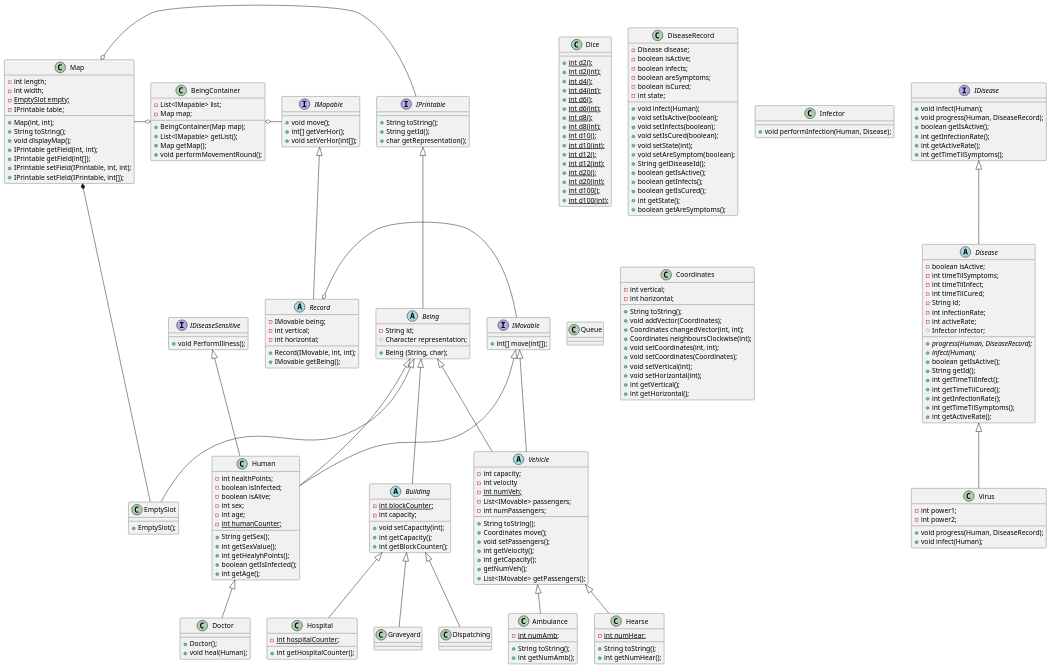
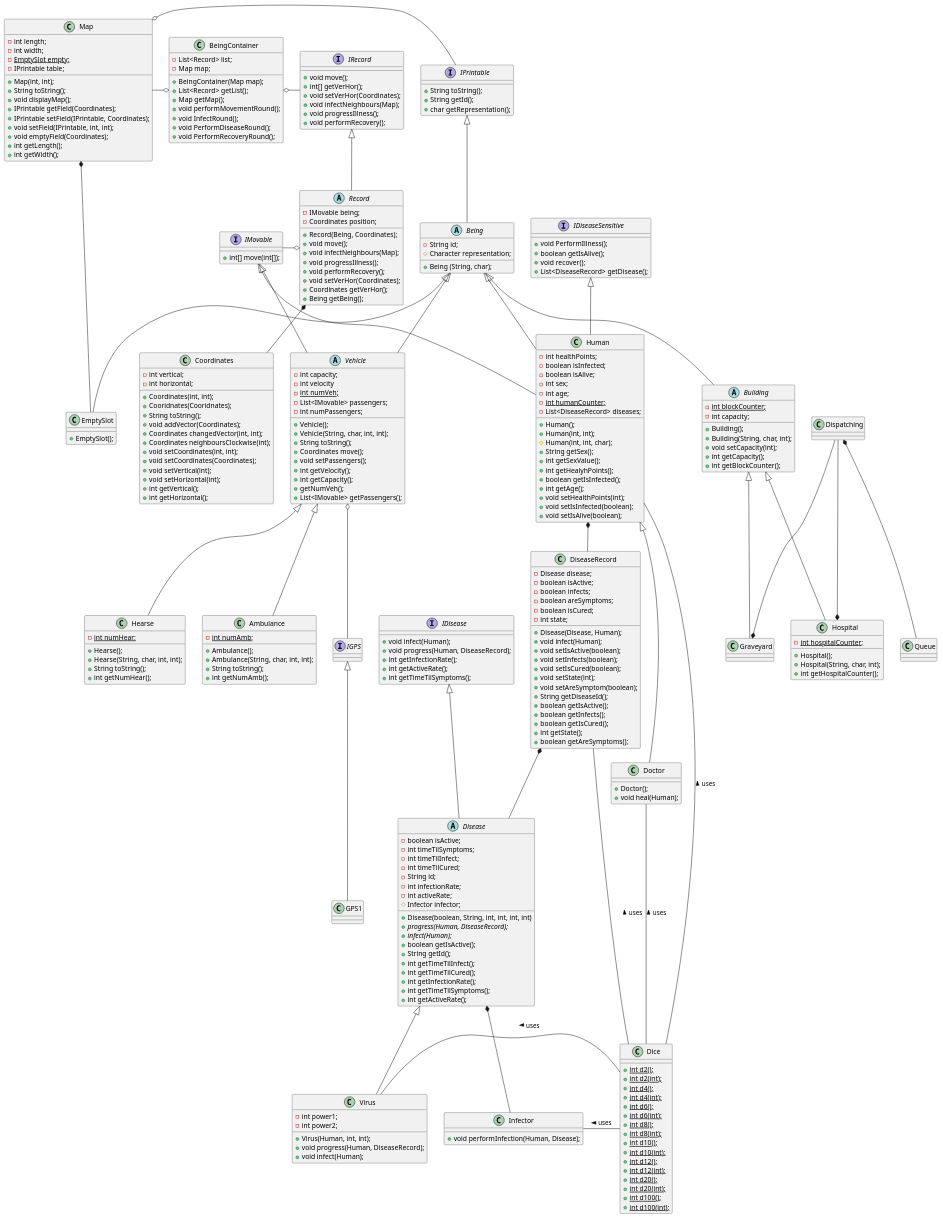
One commit to karolWazny/plague-repo changed the diagram in dokumentacja/class_diagram/class_diagram.plantuml. Above: the diagram before and after it, drawn with PlantUML. The commit also changed 2 other files, not shown here.

Commit message:
Nowy diagram klas

```diff
--- a/dokumentacja/class_diagram/class_diagram.plantuml
+++ b/dokumentacja/class_diagram/class_diagram.plantuml
@@ -1,4 +1,4 @@
-@startuml
+@startuml class_diagram
 
 class Map
 {
@@ -9,10 +9,12 @@
 + Map(int, int);
 + String toString();
 + void displayMap();
-+ IPrintable getField(int, int);
-+ IPrintable getField(int[]);
-+ IPrintable setField(IPrintable, int, int);
-+ IPrintable setField(IPrintable, int[]);
++ IPrintable getField(Coordinates);
++ IPrintable setField(IPrintable, Coordinates);
++ void setField(IPrintable, int, int);
++ void emptyField(Coordinates);
++ int getLength();
++ int getWidth();
 }
 
 interface IPrintable
@@ -32,27 +34,38 @@
 abstract class Record
 {
 - IMovable being;
-- int vertical;
-- int horizontal;
-+ Record(IMovable, int, int);
-+ IMovable getBeing();
+- Coordinates position;
++ Record(Being, Coordinates);
++ void move();
++ void infectNeighbours(Map);
++ void progressIllness();
++ void performRecovery();
++ void setVerHor(Coordinates);
++ Coordinates getVerHor();
++ Being getBeing();
 }
 
-interface IMapable
+interface IRecord
 {
 + void move();
 + int[] getVerHor();
-+ void setVerHor(int[]);
++ void setVerHor(Coordinates);
++ void infectNeighbours(Map);
++ void progressIllness();
++ void performRecovery();
 }
 
 class BeingContainer
 {
-- List<IMapable> list;
+- List<Record> list;
 - Map map;
 + BeingContainer(Map map);
-+ List<IMapable> getList();
++ List<Record> getList();
 + Map getMap();
 + void performMovementRound();
++ void InfectRound();
++ void PerformDiseaseRound();
++ void PerformRecoveryRound();
 }
 
 class EmptySlot
@@ -63,6 +76,9 @@
 interface IDiseaseSensitive
 {
 + void PerformIllness();
++ boolean getIsAlive();
++ void recover();
++ List<DiseaseRecord> getDisease();
 }
 
 interface IMovable
@@ -78,11 +94,18 @@
 - int sex;
 -  int age;
 - {static} int humanCounter;
+- List<DiseaseRecord> diseases;
++ Human();
++ Human(int, int);
+# Human(int, int, char);
 + String getSex();
 + int getSexValue();
 + int getHealyhPoints();
 + boolean getIsInfected();
 + int getAge();
++ void setHealthPoints(int);
++ void setIsInfected(boolean);
++ void setIsAlive(boolean);
 }
 
 class Dice
@@ -118,6 +141,8 @@
 - {static} int numVeh;
 - List<IMovable> passengers;
 - int numPassengers;
++ Vehicle();
++ Vehicle(String, char, int, int);
 + String toString();
 + Coordinates move();
 + void setPassengers();
@@ -129,8 +154,12 @@
 
 abstract class Building
 {
+    
+    
     - {static} int blockCounter;
     - int capacity;
+    + Building();
+    + Building(String, char, int);
     + void setCapacity(int);
     + int getCapacity();
     + int getBlockCounter();
@@ -139,6 +168,8 @@
 class Ambulance
 {
     - {static} int numAmb;
+    + Ambulance();
+    + Ambulance(String, char, int, int);
     + String toString();
     + int getNumAmb();
 }
@@ -146,6 +177,8 @@
 class Hearse 
 {
     - {static} int numHear;
+    + Hearse();
+    + Hearse(String, char, int, int);
     + String toString();
     + int getNumHear();
 }
@@ -153,6 +186,8 @@
 class Hospital
 {
     - {static} int hospitalCounter;
+    + Hospital();
+    + Hospital(String, char, int);
     + int getHospitalCounter();
 
 }
@@ -176,6 +211,7 @@
     - String id;
     - int infectionRate;
     - int activeRate;
+    + Disease(boolean, String, int, int, int, int)
     # Infector infector;
     + {abstract} progress(Human, DiseaseRecord);
     + {abstract} infect(Human);
@@ -196,6 +232,7 @@
     - boolean areSymptoms;
     - boolean isCured;
     - int state;
+    + Disease(Disease, Human);
     + void infect(Human);
     + void setIsActive(boolean);
     + void setInfects(boolean);
@@ -214,7 +251,6 @@
 {
     + void infect(Human);
     + void progress(Human, DiseaseRecord);
-    + boolean getIsActive();
     + int getInfectionRate();
     + int getActiveRate();
     + int getTimeTilSymptoms();
@@ -229,8 +265,9 @@
 {
     - int power1;
     - int power2;
+    + Virus(Human, int, int);
     + void progress(Human, DiseaseRecord);
-    +void infect(Human);
+    + void infect(Human);
 }
 
 class Queue 
@@ -242,6 +279,8 @@
 {
     - int vertical;
     - int horizontal;
+    + Coordinates(int, int);
+    + Cooridnates(Cooridnates);
     + String toString();
     + void addVector(Coordinates);
     + Coordinates changedVector(int, int);
@@ -254,11 +293,21 @@
     + int getHorizontal();
 }
 
+class GPS1
+{
+
+}
+
+interface IGPS
+{
+
+}
+
 Map o- IPrintable
 IPrintable <|-- Being
 Being <|-- EmptySlot
-IMapable <|-- Record
-BeingContainer o- IMapable
+IRecord <|-- Record
+BeingContainer o- IRecord
 Being <|-- Human
 IMovable <|-- Human
 IDiseaseSensitive <|-- Human
@@ -273,7 +322,21 @@
 Being <|-- Building
 Building <|-- Hospital
 Building <|-- Graveyard
-Building <|-- Dispatching
 IDisease <|-- Disease
 Disease <|-- Virus
+Dispatching --* Hospital
+Dispatching --* Graveyard
+Doctor -- Dice : uses <
+IGPS <|-- GPS1
+Human *-- DiseaseRecord
+Dispatching *--  Queue
+Record *-- Coordinates
+Vehicle o-- IGPS
+Human -- Dice : uses <
+Disease *-- Infector
+DiseaseRecord *-- Disease
+DiseaseRecord -- Dice : uses <
+Infector - Dice : uses <
+Virus - Dice : uses <
+
 @enduml
```
